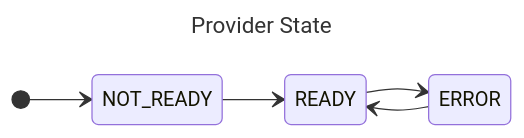
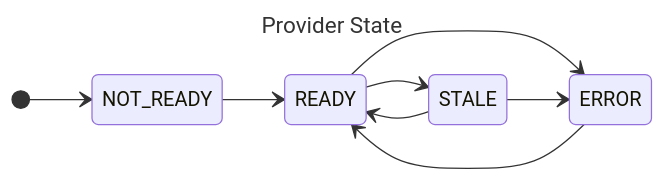
The diagram in specification/sections/02-providers.md (open-feature/spec), drawn with Mermaid before and after one commit. The commit also changed other lines of this file and 1 other file, not shown here.

Commit message:
fix: add stale state to provider state diagram (#212)

````diff
--- a/specification/sections/02-providers.md
+++ b/specification/sections/02-providers.md
@@ -199,11 +199,14 @@
 ```mermaid
 ---
 title: Provider State
 ---
 stateDiagram-v2
     direction LR
     [*] --> NOT_READY
     NOT_READY --> READY
     READY --> ERROR
     ERROR --> READY
+    READY --> STALE
+    STALE --> READY
+    STALE --> ERROR
 ```
````
